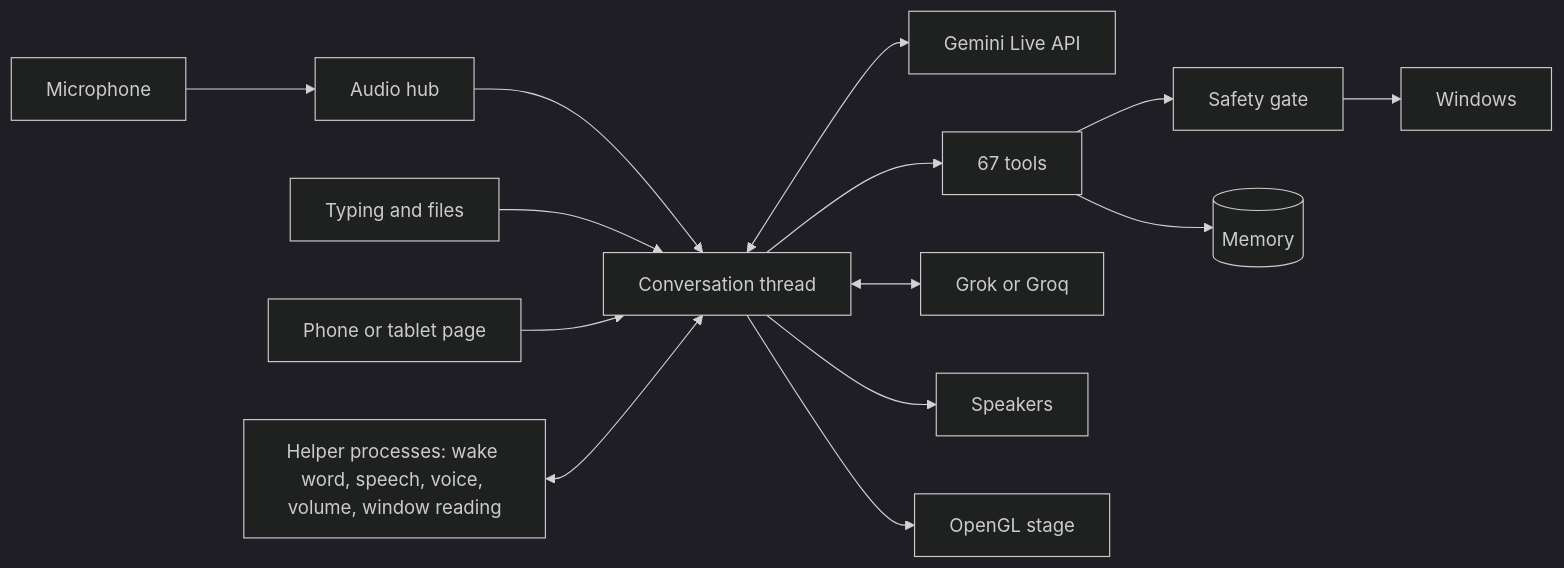
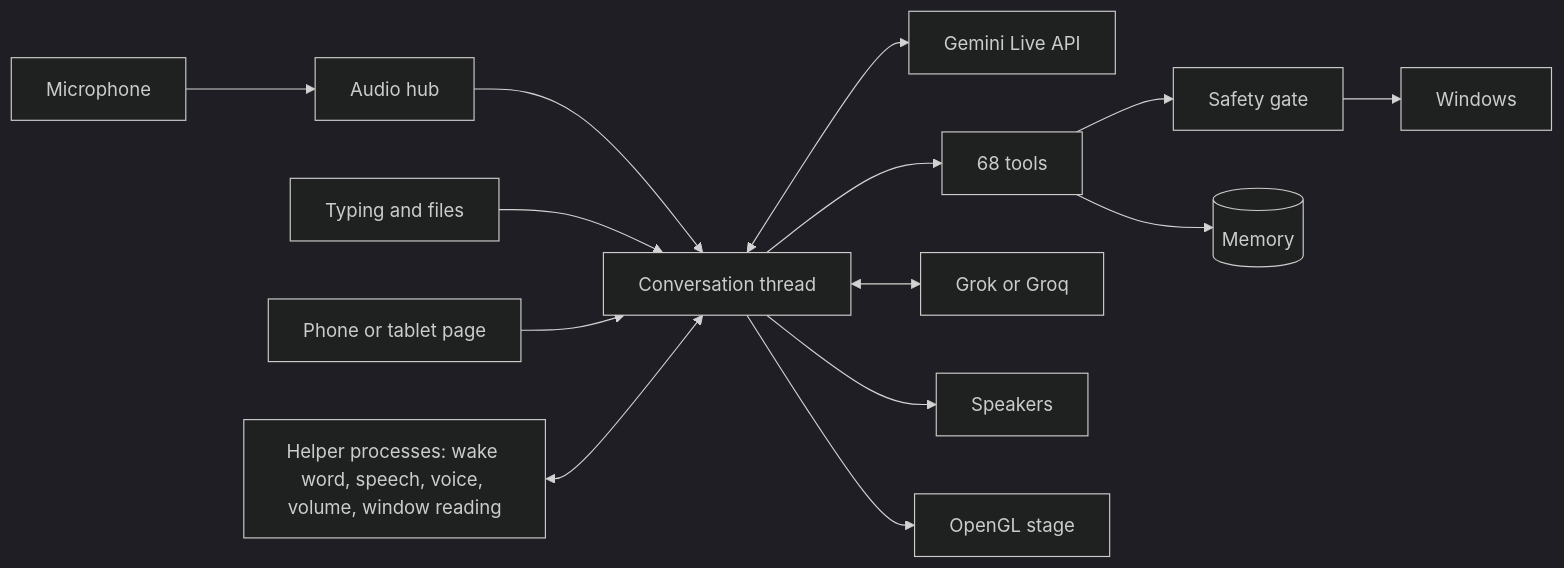
Before and after one commit to SAMIJAVED217/ALPHA: the second of 2 diagrams in README.md, drawn with Mermaid (dark theme). The commit also changed other lines of this file and 13 other files, not shown here.

````diff
--- a/README.md
+++ b/README.md
@@ -188,16 +199,16 @@
 ```mermaid
 flowchart LR
     Mic[Microphone] --> Hub[Audio hub]
     Hub --> Talk[Conversation thread]
     Keys[Typing and files] --> Talk
     Talk <--> Gemini[Gemini Live API]
-    Talk --> Tools[67 tools]
+    Talk --> Tools[68 tools]
     Talk <--> Second[Grok or Groq]
     Phone[Phone or tablet page] --> Talk
     Tools --> Gate[Safety gate]
     Gate --> PC[Windows]
     Tools --> Memory[(Memory)]
     Talk --> Speaker[Speakers]
     Talk --> Stage[OpenGL stage]
     Helpers[Helper processes: wake word, speech, voice, volume, window reading] <--> Talk
 ```
````
